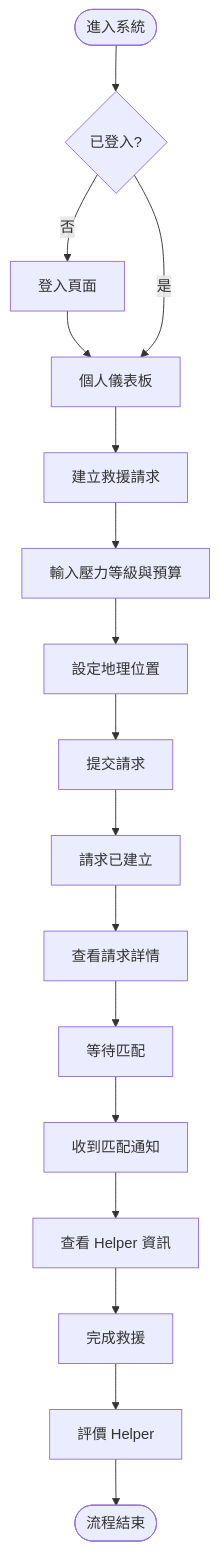
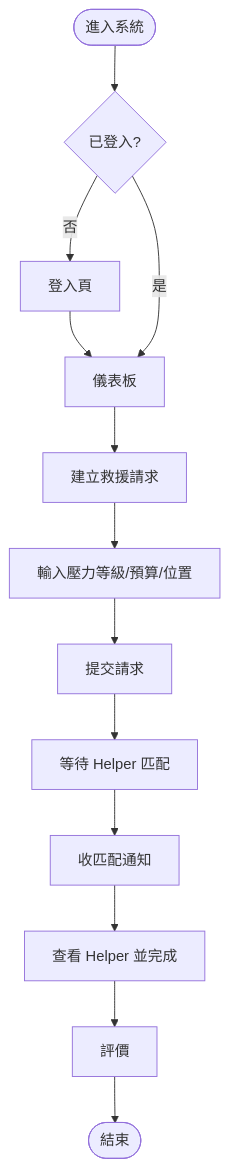
One commit to adam5096/no-more-ask-2 changed the first of 2 diagrams in .agent/workflows/prd/prd-v1.md. Above: the diagram before and after it, drawn with Mermaid. The commit also changed other lines of this file, not shown here.

````diff
--- a/.agent/workflows/prd/prd-v1.md
+++ b/.agent/workflows/prd/prd-v1.md
@@ -191,19 +52,13 @@
 ```mermaid
 flowchart TD
-    Start([進入系統]) --> Login{已登入?}
-    Login -->|否| LoginPage[登入頁面]
-    LoginPage --> Dashboard[個人儀表板]
-    Login -->|是| Dashboard
-    Dashboard --> CreateRequest[建立救援請求]
-    CreateRequest --> InputInfo[輸入壓力等級與預算]
-    InputInfo --> SetLocation[設定地理位置]
-    SetLocation --> Submit[提交請求]
-    Submit --> RequestCreated[請求已建立]
-    RequestCreated --> ViewRequest[查看請求詳情]
-    ViewRequest --> WaitMatch[等待匹配]
-    WaitMatch --> MatchNotification[收到匹配通知]
-    MatchNotification --> ViewHelper[查看 Helper 資訊]
-    ViewHelper --> Complete[完成救援]
-    Complete --> Rate[評價 Helper]
-    Rate --> End([流程結束])
+    A([進入系統]) --> B{已登入?}
+    B -- 否 --> C[登入頁] --> D
+    B -- 是 --> D[儀表板]
+    D --> E[建立救援請求]
+    E --> F[輸入壓力等級/預算/位置]
+    F --> G[提交請求]
+    G --> H[等待 Helper 匹配]
+    H --> I[收匹配通知]
+    I --> J[查看 Helper 並完成]
+    J --> K[評價] --> L([結束])
 ```
````
